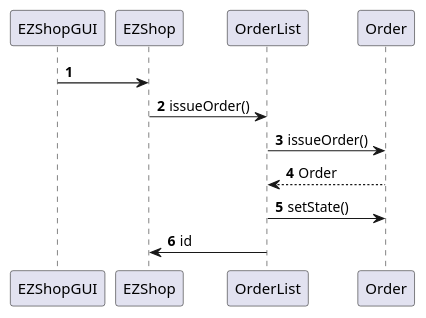
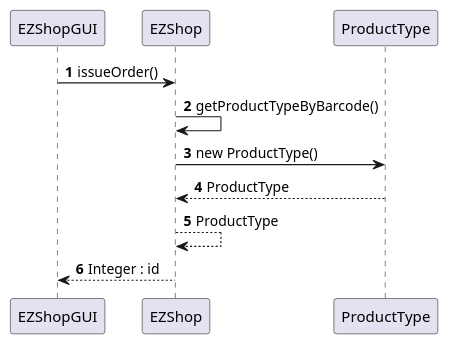
One commit to mkexc/ezshop changed the seventh of 22 diagrams in Deliverables/DesignDocument.md. Above: the diagram before and after it, drawn with PlantUML. The commit also changed other lines of this file and 3 other files, not shown here.

````diff
--- a/Deliverables/DesignDocument.md
+++ b/Deliverables/DesignDocument.md
@@ -295,11 +289,11 @@
 ```plantuml
 @startuml
 autonumber
-EZShopGUI -> EZShop
-EZShop -> OrderList : issueOrder()
-OrderList -> Order : issueOrder()
-OrderList <-- Order : Order
-OrderList -> Order : setState()
-EZShop <- OrderList : id
+EZShopGUI -> EZShop : issueOrder()
+EZShop -> EZShop : getProductTypeByBarcode()
+EZShop -> ProductType : new ProductType()
+ProductType --> EZShop : ProductType
+EZShop --> EZShop : ProductType
+EZShopGUI <-- EZShop : Integer : id
 @enduml
 ```
````
